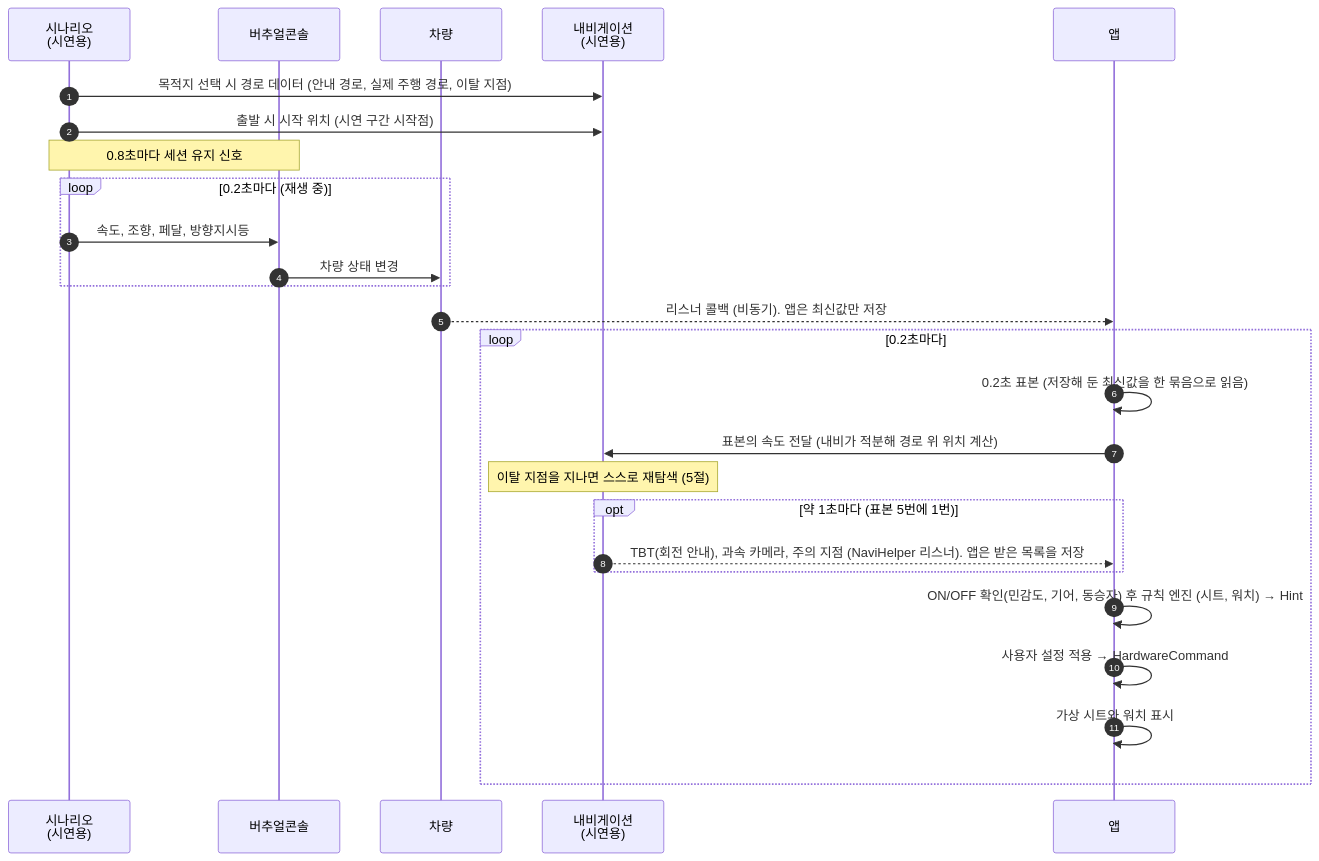
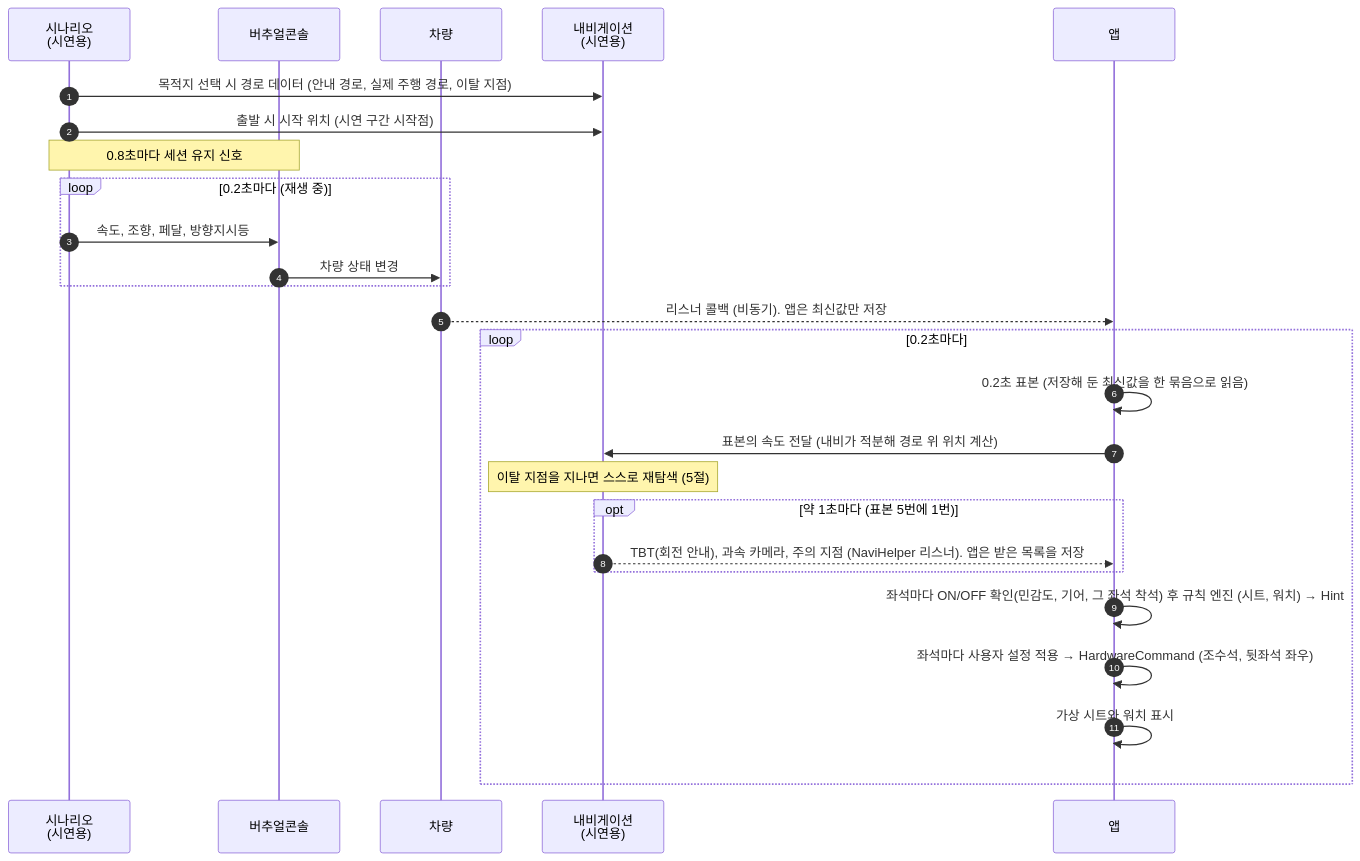
The first of 2 diagrams in docs/HardwareControl.md (jujaya920-ui/Active-Seat-For-All), drawn with Mermaid before and after one commit. The commit also changed other lines of this file and 1 other file, not shown here.

````diff
--- a/docs/HardwareControl.md
+++ b/docs/HardwareControl.md
@@ -11,29 +11,29 @@
 ```mermaid
 sequenceDiagram
     autonumber
     participant SC as 시나리오<br/>(시연용)
     participant VC as 버추얼콘솔
     participant CAR as 차량
     participant NAV as 내비게이션<br/>(시연용)
     participant APP as 앱
 
     SC->>NAV: 목적지 선택 시 경로 데이터 (안내 경로, 실제 주행 경로, 이탈 지점)
     SC->>NAV: 출발 시 시작 위치 (시연 구간 시작점)
     Note over SC,VC: 0.8초마다 세션 유지 신호
     loop 0.2초마다 (재생 중)
         SC->>VC: 속도, 조향, 페달, 방향지시등
         VC->>CAR: 차량 상태 변경
     end
     CAR-->>APP: 리스너 콜백 (비동기). 앱은 최신값만 저장
     loop 0.2초마다
         APP->>APP: 0.2초 표본 (저장해 둔 최신값을 한 묶음으로 읽음)
         APP->>NAV: 표본의 속도 전달 (내비가 적분해 경로 위 위치 계산)
         Note over NAV: 이탈 지점을 지나면 스스로 재탐색 (5절)
         opt 약 1초마다 (표본 5번에 1번)
             NAV-->>APP: TBT(회전 안내), 과속 카메라, 주의 지점 (NaviHelper 리스너). 앱은 받은 목록을 저장
         end
-        APP->>APP: ON/OFF 확인(민감도, 기어, 동승자) 후 규칙 엔진 (시트, 워치) → Hint
-        APP->>APP: 사용자 설정 적용 → HardwareCommand
+        APP->>APP: 좌석마다 ON/OFF 확인(민감도, 기어, 그 좌석 착석) 후 규칙 엔진 (시트, 워치) → Hint
+        APP->>APP: 좌석마다 사용자 설정 적용 → HardwareCommand (조수석, 뒷좌석 좌우)
         APP->>APP: 가상 시트와 워치 표시
     end
 ```
````
